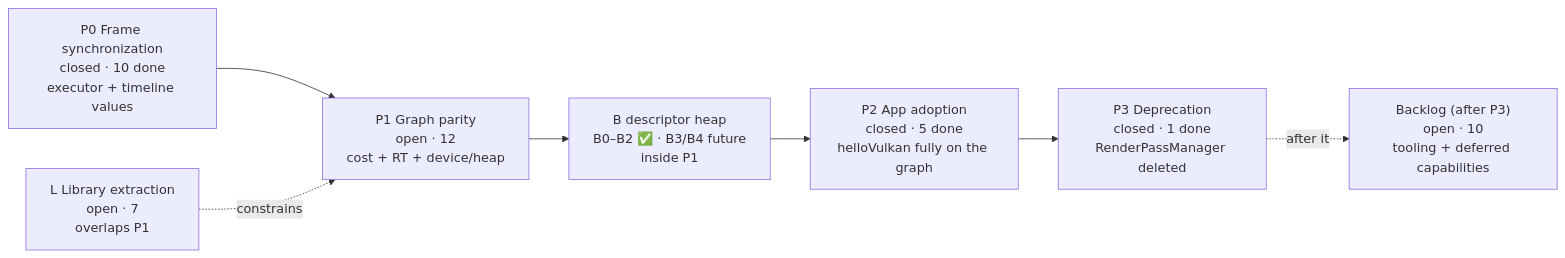
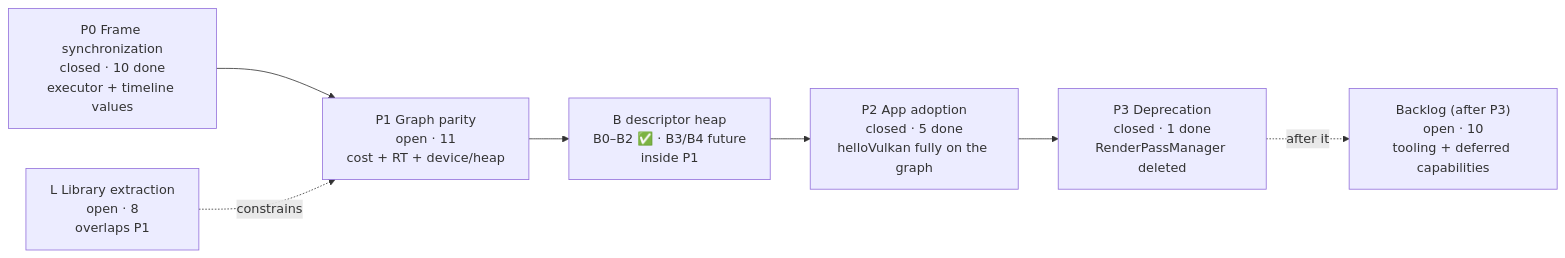
One commit to v3c70r/Muyo changed the first of 2 diagrams in docs/Roadmap-Visual.md. Above: the diagram before and after it, drawn with Mermaid. The commit also changed other lines of this file and 3 other files, not shown here.

First line of the commit message:
docs: plan the resource/allocator boundary (#272) and the device+graph / renderer repo split (#273)

````diff
--- a/docs/Roadmap-Visual.md
+++ b/docs/Roadmap-Visual.md
@@ -22,13 +22,13 @@
 ```mermaid
 flowchart LR
     P0["P0 Frame synchronization<br/>closed · 10 done<br/>executor + timeline values"]
-    P1["P1 Graph parity<br/>open · 12<br/>cost + RT + device/heap"]
+    P1["P1 Graph parity<br/>open · 11<br/>cost + RT + device/heap"]
     B["B descriptor heap<br/>B0–B2 ✅ · B3/B4 future<br/>inside P1"]
     P2["P2 App adoption<br/>closed · 5 done<br/>helloVulkan fully on the graph"]
     P3["P3 Deprecation<br/>closed · 1 done<br/>RenderPassManager deleted"]
-    L["L Library extraction<br/>open · 7<br/>overlaps P1"]
+    L["L Library extraction<br/>open · 8<br/>overlaps P1"]
     BL["Backlog (after P3)<br/>open · 10<br/>tooling + deferred capabilities"]
     P0 --> P1 --> B --> P2 --> P3
     L -. constrains .-> P1
     P3 -. after it .-> BL
 ```
````
